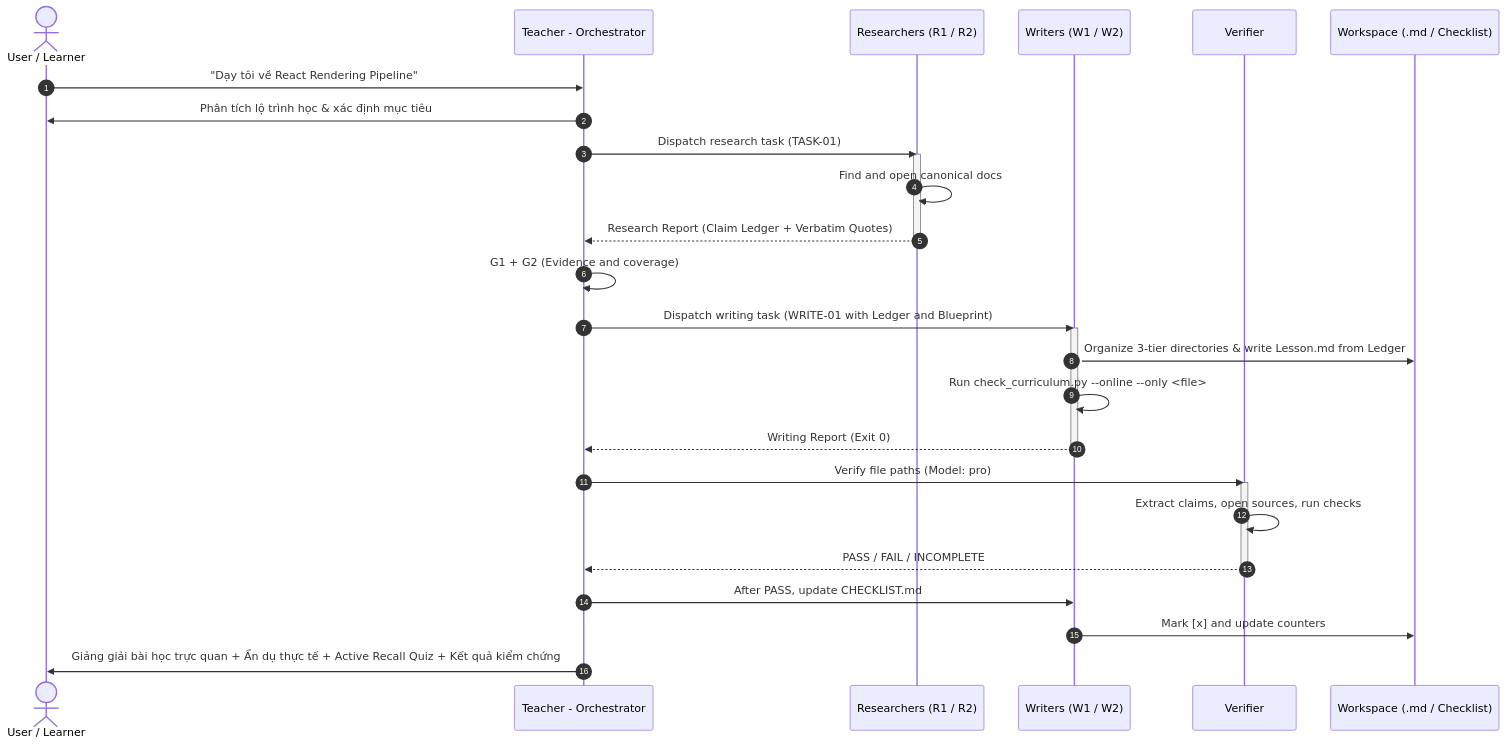
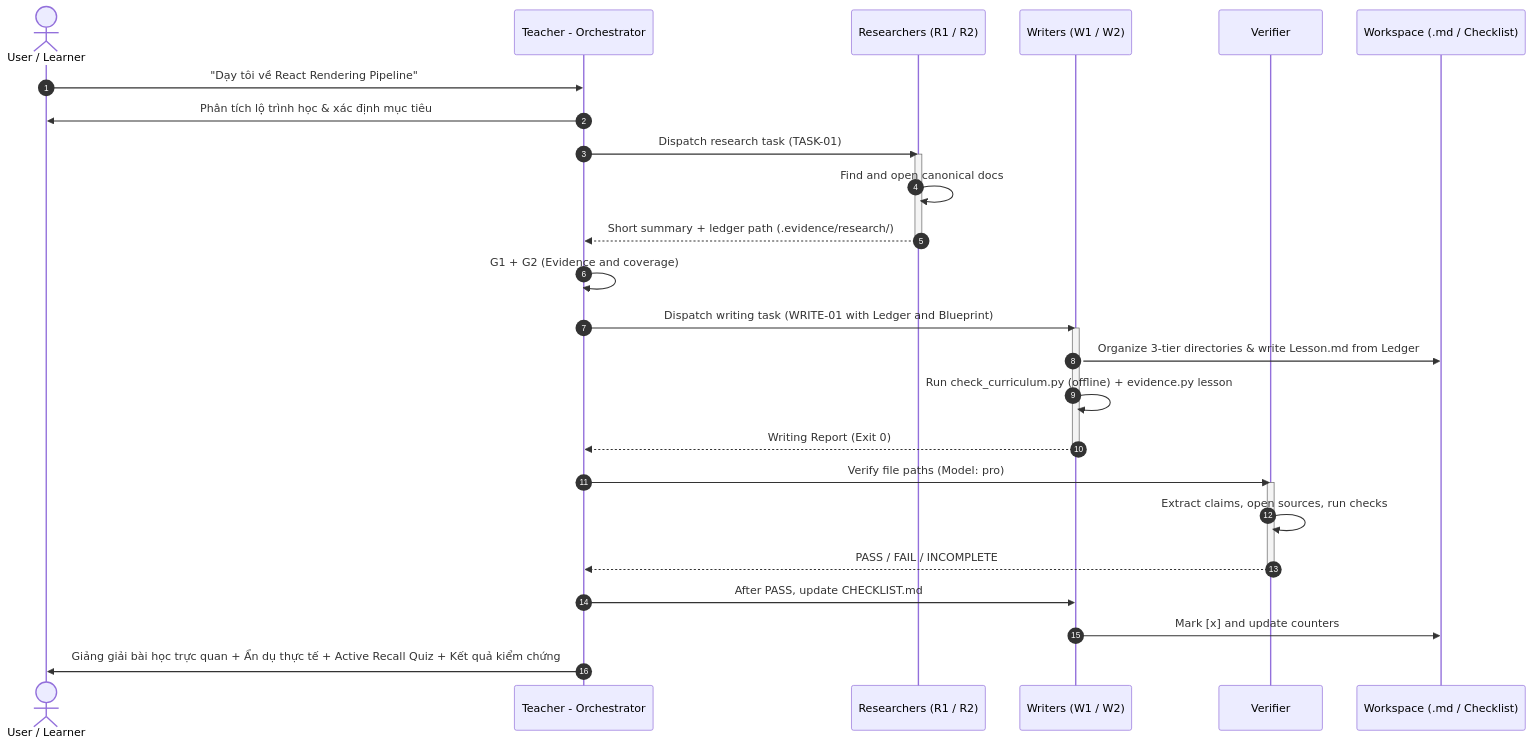
The diagram in .agents/agents/teacher-orchestrator.md (HelloMinh2122005/SelfLearn), drawn with Mermaid before and after one commit. The commit also changed other lines of this file and 49 other files, not shown here.

````diff
--- a/.agents/agents/teacher-orchestrator.md
+++ b/.agents/agents/teacher-orchestrator.md
@@ -145,33 +161,33 @@
 ```mermaid
 sequenceDiagram
     autonumber
     actor Learner as User / Learner
     participant Teacher as Teacher - Orchestrator
     participant R as Researchers (R1 / R2)
     participant W as Writers (W1 / W2)
     participant V as Verifier
     participant FS as Workspace (.md / Checklist)
 
     Learner->>Teacher: "Dạy tôi về React Rendering Pipeline"
     Teacher->>Learner: Phân tích lộ trình học & xác định mục tiêu
     Teacher->>R: Dispatch research task (TASK-01)
     activate R
     R->>R: Find and open canonical docs
-    R-->>Teacher: Research Report (Claim Ledger + Verbatim Quotes)
+    R-->>Teacher: Short summary + ledger path (.evidence/research/)
     deactivate R
     Teacher->>Teacher: G1 + G2 (Evidence and coverage)
     Teacher->>W: Dispatch writing task (WRITE-01 with Ledger and Blueprint)
     activate W
     W->>FS: Organize 3-tier directories & write Lesson.md from Ledger
-    W->>W: Run check_curriculum.py --online --only <file>
+    W->>W: Run check_curriculum.py (offline) + evidence.py lesson
     W-->>Teacher: Writing Report (Exit 0)
     deactivate W
     Teacher->>V: Verify file paths (Model: pro)
     activate V
     V->>V: Extract claims, open sources, run checks
     V-->>Teacher: PASS / FAIL / INCOMPLETE
     deactivate V
     Teacher->>W: After PASS, update CHECKLIST.md
     W->>FS: Mark [x] and update counters
     Teacher->>Learner: Giảng giải bài học trực quan + Ẩn dụ thực tế + Active Recall Quiz + Kết quả kiểm chứng
 ```
````
